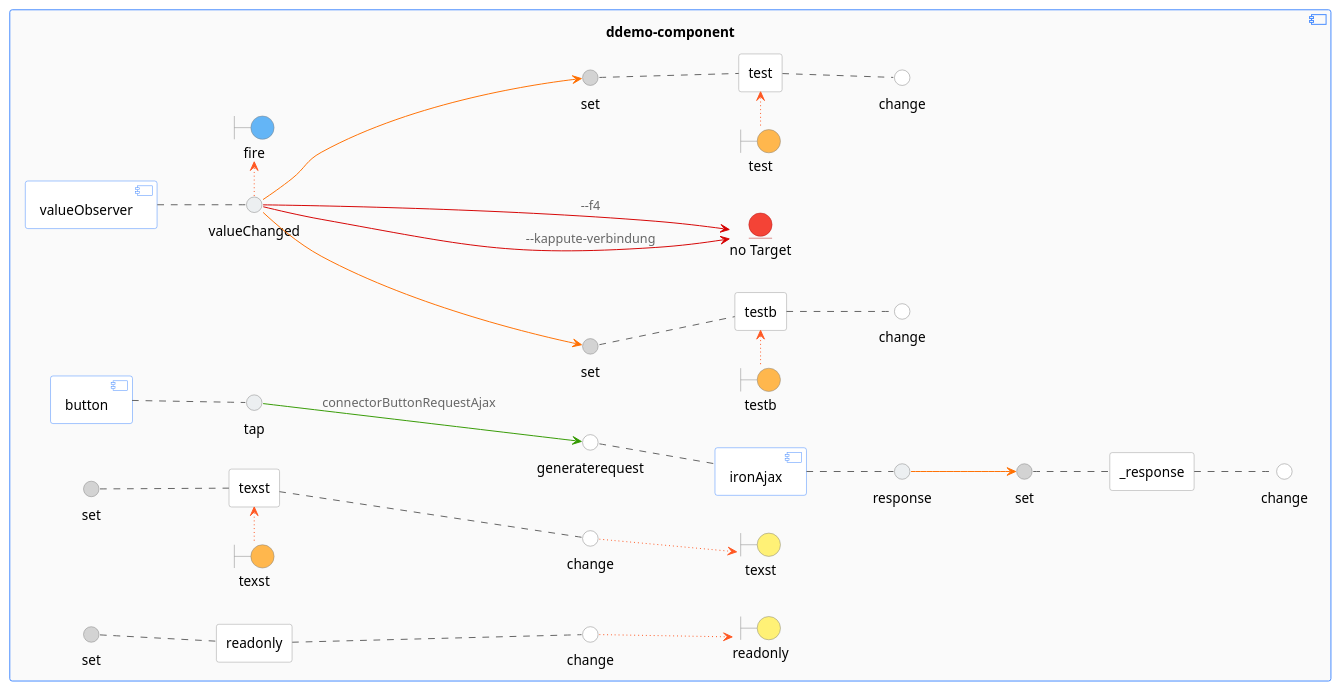
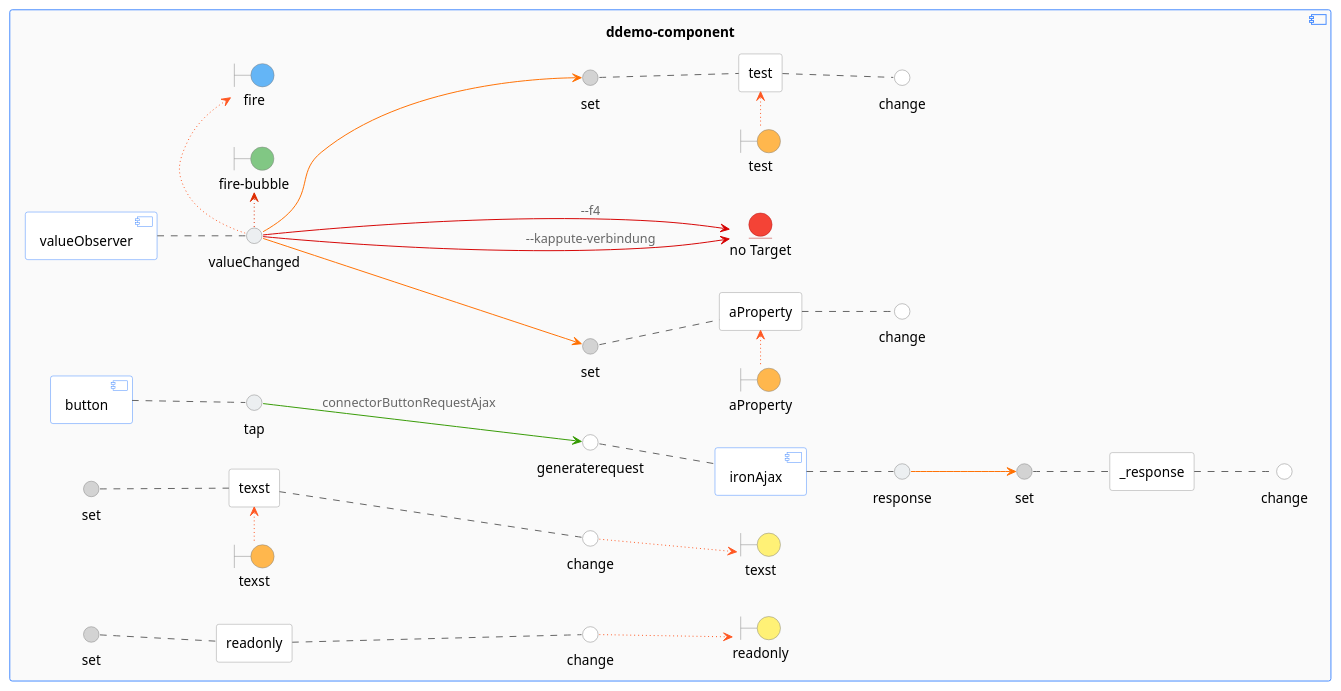
The diagram in demo.puml (veith/flowbased-polymer), drawn with PlantUML before and after one commit. The commit also changed 1 other file, not shown here.

```diff
--- a/demo.puml
+++ b/demo.puml
@@ -1,81 +1,83 @@
 @startuml
 left to right direction
  skinparam interface {
 backgroundColor lightgrey
 borderColor grey
 }
 skinparam boundary {
 backgroundColor lightgrey
 borderColor grey
 }
 skinparam entity {
 backgroundColor #f44336
 borderColor #b71c1c
 }
 skinparam component {
 ArrowColor #339900
 ArrowFontColor #666666
 borderColor #448AFF
 }
 skinparam agent {
 ArrowFontColor #666666
 borderColor #999999
 }
 component "ddemo-component" #FAFAFA{
 agent _response as valueelement_response #white
 interface set as interfaceValueelement_responseSet
 interface change as interfaceValueelement_responseChange #white
 interfaceValueelement_responseSet .. valueelement_response #616161
 valueelement_response .. interfaceValueelement_responseChange #616161
 component ironAjax #white
 boundary "fire" as fireFire #64B5F6
 component valueObserver #white
-agent testb as valueelementtestb #white
-interface set as interfaceValueelementtestbSet
-interface change as interfaceValueelementtestbChange #white
-interfaceValueelementtestbSet .. valueelementtestb #616161
-valueelementtestb .. interfaceValueelementtestbChange #616161
-boundary "testb" as boundaryValueelementtestbIn #FFB74D
-boundaryValueelementtestbIn ~> valueelementtestb #FF5722
+boundary "fire-bubble" as firebubbleFireBubble #81C784
+agent aProperty as valueelementaproperty #white
+interface set as interfaceValueelementapropertySet
+interface change as interfaceValueelementapropertyChange #white
+interfaceValueelementapropertySet .. valueelementaproperty #616161
+valueelementaproperty .. interfaceValueelementapropertyChange #616161
+boundary "aProperty" as boundaryValueelementapropertyIn #FFB74D
+boundaryValueelementapropertyIn ~> valueelementaproperty #FF5722
 agent test as valueelementtest #white
 interface set as interfaceValueelementtestSet
 interface change as interfaceValueelementtestChange #white
 interfaceValueelementtestSet .. valueelementtest #616161
 valueelementtest .. interfaceValueelementtestChange #616161
 boundary "test" as boundaryValueelementtestIn #FFB74D
 boundaryValueelementtestIn ~> valueelementtest #FF5722
 component button #white
 agent texst as valueelementtexst #white
 interface set as interfaceValueelementtexstSet
 interface change as interfaceValueelementtexstChange #white
 interfaceValueelementtexstSet .. valueelementtexst #616161
 valueelementtexst .. interfaceValueelementtexstChange #616161
 boundary "texst" as boundaryValueelementtexstOut #FFF176
 interfaceValueelementtexstChange ~~> boundaryValueelementtexstOut #FF5722
 boundary "texst" as boundaryValueelementtexstIn #FFB74D
 boundaryValueelementtexstIn ~> valueelementtexst #FF5722
 agent readonly as valueelementreadonly #white
 interface set as interfaceValueelementreadonlySet
 interface change as interfaceValueelementreadonlyChange #white
 interfaceValueelementreadonlySet .. valueelementreadonly #616161
 valueelementreadonly .. interfaceValueelementreadonlyChange #616161
 boundary "readonly" as boundaryValueelementreadonlyOut #FFF176
 interfaceValueelementreadonlyChange ~~> boundaryValueelementreadonlyOut #FF5722
 interface generaterequest as interfaceGeneraterequestironAjax  #white
 interfaceGeneraterequestironAjax .. ironAjax #616161
 interface response as interfaceResponseironAjax #ECEFF1
 ironAjax .. interfaceResponseironAjax #616161
 interfaceResponseironAjax --> interfaceValueelement_responseSet #FF6F00
 interface valueChanged as interfaceValueChangedvalueObserver #ECEFF1
 valueObserver .. interfaceValueChangedvalueObserver #616161
 interfaceValueChangedvalueObserver ~> fireFire #FF5722
-interfaceValueChangedvalueObserver --> interfaceValueelementtestbSet #FF6F00
+interfaceValueChangedvalueObserver ~> firebubbleFireBubble #DD2C00
+interfaceValueChangedvalueObserver --> interfaceValueelementapropertySet #FF6F00
 interfaceValueChangedvalueObserver --> interfaceValueelementtestSet #FF6F00
 interface tap as interfaceTapbutton #ECEFF1
 button .. interfaceTapbutton #616161
 entity "no Target" as XXXXXnirvanaXXXXX
 interfaceValueChangedvalueObserver --->  XXXXXnirvanaXXXXX  #d50000 :--f4
 interfaceValueChangedvalueObserver --->  XXXXXnirvanaXXXXX  #d50000 :--kappute-verbindung
 interfaceTapbutton --> interfaceGeneraterequestironAjax :connectorButtonRequestAjax
 }
 @enduml
```
